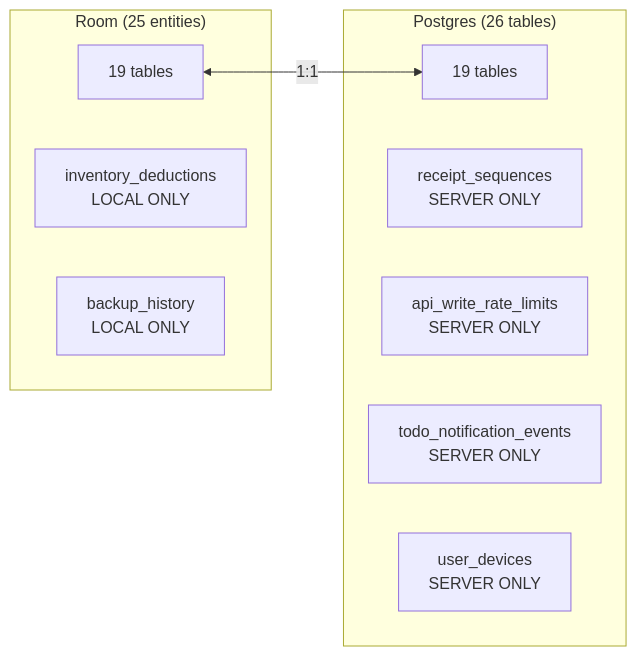
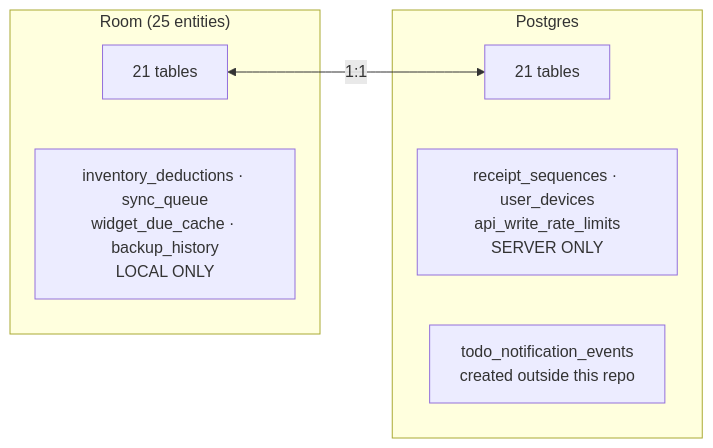
The fourth of 4 diagrams in docs/Knowledge_Base/Database Relationships.md (CyferBoy/Neo_Child_Clinic), drawn with Mermaid before and after one commit. The commit also changed other lines of this file and 86 other files, not shown here.

````diff
--- a/docs/Knowledge_Base/Database Relationships.md
+++ b/docs/Knowledge_Base/Database Relationships.md
@@ -152,16 +152,13 @@
 ```mermaid
 graph LR
     subgraph room["Room (25 entities)"]
-        R1["19 tables"]
-        R2["inventory_deductions<br/>LOCAL ONLY"]
-        R3["backup_history<br/>LOCAL ONLY"]
+        R1["21 tables"]
+        R2["inventory_deductions · sync_queue<br/>widget_due_cache · backup_history<br/>LOCAL ONLY"]
     end
-    subgraph pg["Postgres (26 tables)"]
-        P1["19 tables"]
-        P2["receipt_sequences<br/>SERVER ONLY"]
-        P3["api_write_rate_limits<br/>SERVER ONLY"]
-        P4["todo_notification_events<br/>SERVER ONLY"]
-        P5["user_devices<br/>SERVER ONLY"]
+    subgraph pg["Postgres"]
+        P1["21 tables"]
+        P2["receipt_sequences · user_devices<br/>api_write_rate_limits<br/>SERVER ONLY"]
+        P3["todo_notification_events<br/>created outside this repo"]
     end
     R1 <-->|1:1| P1
 ```
````
